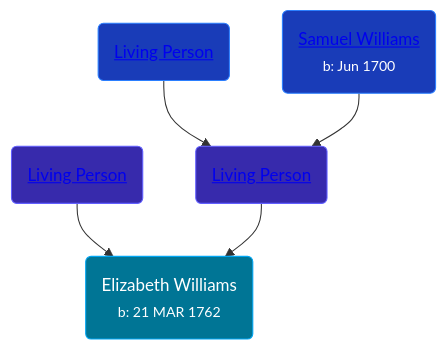
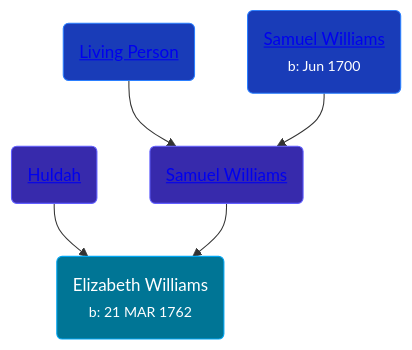
One commit to wpmgotkh/wpmgotkh.github.io changed the diagram in pages/people/2/27796808.md. Above: the diagram before and after it, drawn with Mermaid. The commit also changed other lines of this file and 586 other files, not shown here.

Commit message:
feat: better shouldConsiderPersonLiving algo

````diff
--- a/pages/people/2/27796808.md
+++ b/pages/people/2/27796808.md
@@ -10,11 +10,11 @@
 ```mermaid
 graph
 classDef grands fill:#193cb8,stroke:#2b7fff,stroke-width:1px,color:#fff;
 classDef parents fill:#372aac,stroke:#615fff,stroke-width:1px,color:#fff;
 classDef primary fill:#007595,stroke:#00a6f4,stroke-width:1px,color:#fff;
 27796808(Elizabeth Williams<br /><small>b: 21 MAR 1762</small>):::primary
-62871690(<a class="text-white" href="/people/6/62871690">Living Person</a>):::parents-->27796808
-55971024(<a class="text-white" href="/people/5/55971024">Living Person</a>):::parents-->27796808
+62871690(<a class="text-white" href="/people/6/62871690">Huldah </a>):::parents-->27796808
+55971024(<a class="text-white" href="/people/5/55971024">Samuel Williams</a>):::parents-->27796808
 27215076(<a class="text-white" href="/people/2/27215076">Living Person</a>):::grands-->55971024
 90108080(<a class="text-white" href="/people/9/90108080">Samuel Williams</a><br /><small>b: Jun 1700</small>):::grands-->55971024
 ```
````
